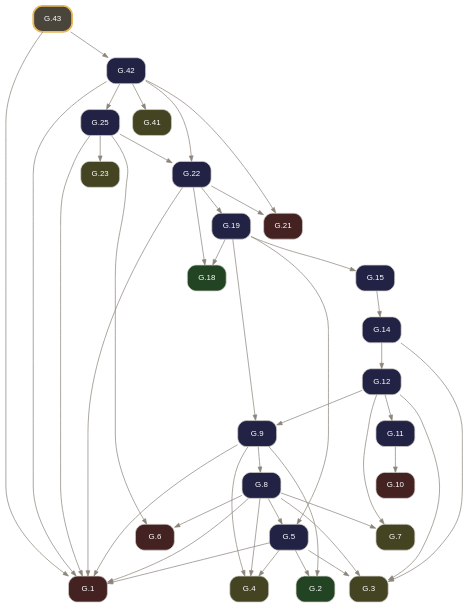
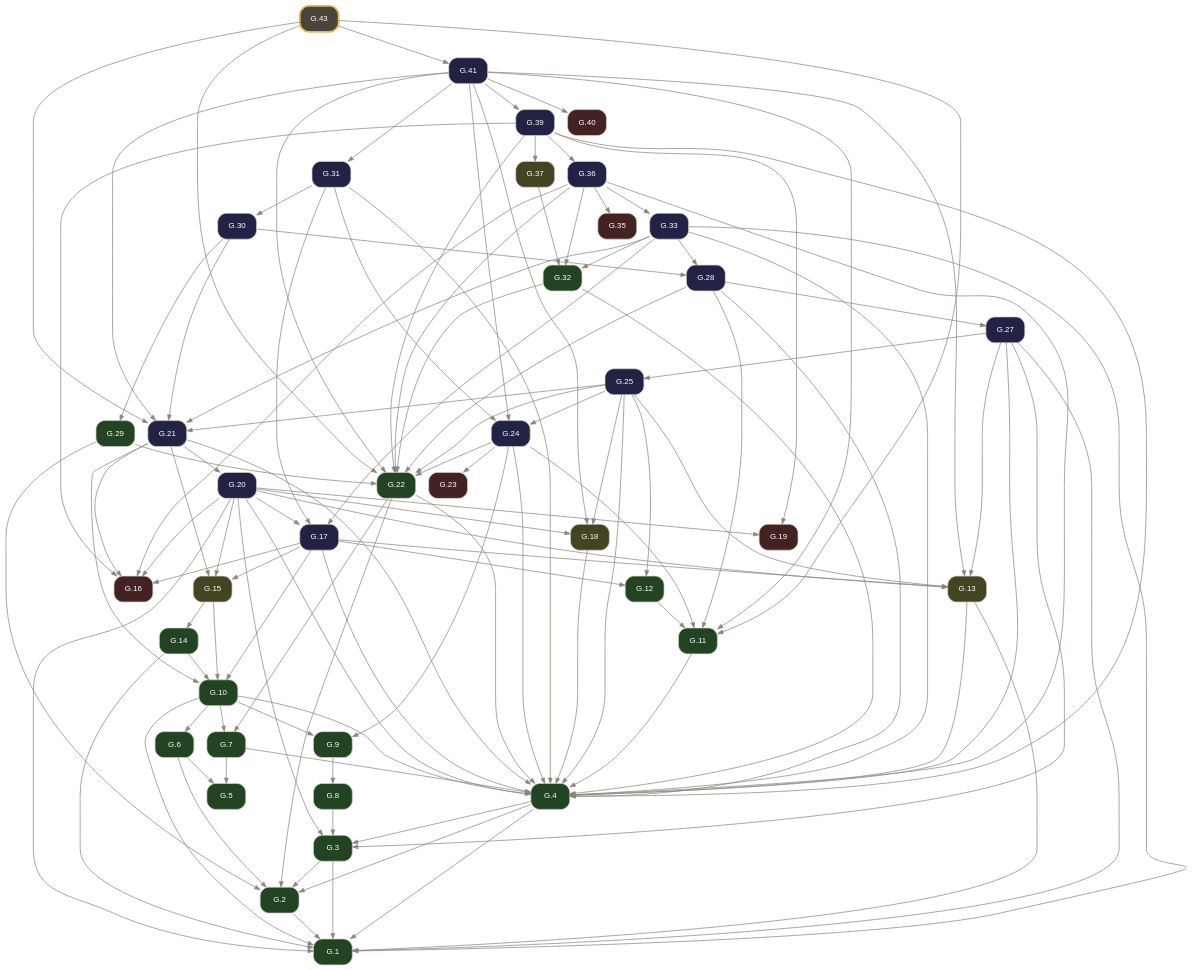
Before and after one commit to geometor/elements: the diagram in docsrc/elements2/G.43/index.rst, drawn with Graphviz. The commit also changed other lines of this file and 2974 other files, not shown here.

Commit message:
feat(elements2): wire defined terms, short verb titles, coincidence operator, and 2-point circle notation (v0.4.0)

```diff
--- a/docsrc/elements2/G.43/index.rst
+++ b/docsrc/elements2/G.43/index.rst
@@ -75,68 +75,156 @@
      node [shape=box, style="rounded,filled", fontname="Helvetica", fontsize=11, color="#d6d3cd", fontcolor="#ffffff"];
      edge [color="#8c857b", fontcolor="#8c857b", arrowsize=0.75];
      rankdir="TB";
-     "G.1" [label="G.1", tooltip="G.1 (I.cn.1): Things equal to the same thing are equal to one another.", fillcolor="#442222", URL="../G.1/index.html", target="_top"];
-     "G.2" [label="G.2", tooltip="G.2 (I.def.15): A circle is a plane figure contained by one line such that all segments falling upon it from its center are equal.", fillcolor="#224422", URL="../G.2/index.html", target="_top"];
-     "G.3" [label="G.3", tooltip="G.3 (I.post.1): Construct a segment between any two points.", fillcolor="#444422", URL="../G.3/index.html", target="_top"];
-     "G.4" [label="G.4", tooltip="G.4 (I.post.3): Construct a circle with any center and radius.", fillcolor="#444422", URL="../G.4/index.html", target="_top"];
-     "G.5" [label="G.5", tooltip="G.5 (I.1): Construct an equilateral triangle on a given finite segment.", fillcolor="#222244", URL="../G.5/index.html", target="_top"];
-     "G.6" [label="G.6", tooltip="G.6 (I.cn.3): If equals are subtracted from equals, the remainders are equal.", fillcolor="#442222", URL="../G.6/index.html", target="_top"];
-     "G.7" [label="G.7", tooltip="G.7 (I.post.2): Extend a finite segment continuously in a straight line.", fillcolor="#444422", URL="../G.7/index.html", target="_top"];
-     "G.8" [label="G.8", tooltip="G.8 (I.2): Construct at a given point a segment equal to a given segment.", fillcolor="#222244", URL="../G.8/index.html", target="_top"];
-     "G.9" [label="G.9", tooltip="G.9 (I.3): Cut off from the greater of two unequal segments a segment equal to the less.", fillcolor="#222244", URL="../G.9/index.html", target="_top"];
-     "G.10" [label="G.10", tooltip="G.10 (I.cn.4): Things that coincide with one another are equal.", fillcolor="#442222", URL="../G.10/index.html", target="_top"];
-     "G.11" [label="G.11", tooltip="G.11 (I.4): Triangles with two sides and the included angle equal are congruent (SAS).", fillcolor="#222244", URL="../G.11/index.html", target="_top"];
-     "G.12" [label="G.12", tooltip="G.12 (I.5): In an isosceles triangle, the angles at the base are equal, and if the equal sides are extended, the angles under the base are equal.", fillcolor="#222244", URL="../G.12/index.html", target="_top"];
-     "G.14" [label="G.14", tooltip="G.14 (I.7): On the same segment and on the same side, there cannot be constructed two distinct triangles with both pairs of conterminous sides equal.", fillcolor="#222244", URL="../G.14/index.html", target="_top"];
-     "G.15" [label="G.15", tooltip="G.15 (I.8): Triangles with all three corresponding sides equal have their corresponding angles equal (SSS).", fillcolor="#222244", URL="../G.15/index.html", target="_top"];
-     "G.18" [label="G.18", tooltip="G.18 (I.def.10): When a straight line standing on a straight line makes the adjacent angles equal, each of the equal angles is a right angle, and the standing line is perpendicular to that on which...", fillcolor="#224422", URL="../G.18/index.html", target="_top"];
-     "G.19" [label="G.19", tooltip="G.19 (I.11): Construct a line at right angles to a given line from a given point on it.", fillcolor="#222244", URL="../G.19/index.html", target="_top"];
-     "G.21" [label="G.21", tooltip="G.21 (I.cn.2): If equals are added to equals, the wholes are equal.", fillcolor="#442222", URL="../G.21/index.html", target="_top"];
-     "G.22" [label="G.22", tooltip="G.22 (I.13): A ray standing on a line makes either two right angles or adjacent angles summing to two right angles.", fillcolor="#222244", URL="../G.22/index.html", target="_top"];
-     "G.23" [label="G.23", tooltip="G.23 (I.post.4): All right angles are equal.", fillcolor="#444422", URL="../G.23/index.html", target="_top"];
-     "G.25" [label="G.25", tooltip="G.25 (I.15): Intersecting lines make their vertical angles equal.", fillcolor="#222244", URL="../G.25/index.html", target="_top"];
-     "G.41" [label="G.41", tooltip="G.41 (I.post.5): Two lines intersected by a transversal with interior angles on one side summing to less than two right angles meet on that side.", fillcolor="#444422", URL="../G.41/index.html", target="_top"];
-     "G.42" [label="G.42", tooltip="G.42 (I.29): A transversal cutting parallel lines makes alternate interior angles equal, exterior and opposite interior angles equal, and same-side interior angles supplementary.", fillcolor="#222244", URL="../G.42/index.html", target="_top"];
-     "G.43" [label="G.43", tooltip="G.43 (I.30): Lines parallel to the same line are parallel to one another.", penwidth=2.5, color="#e8b85a", fillcolor="#4a453b", URL="index.html", target="_top"];
-     "G.5" -> "G.1";
-     "G.8" -> "G.1";
-     "G.9" -> "G.1";
-     "G.22" -> "G.1";
-     "G.25" -> "G.1";
-     "G.42" -> "G.1";
-     "G.43" -> "G.1";
-     "G.5" -> "G.2";
-     "G.9" -> "G.2";
-     "G.5" -> "G.3";
+     "G.1" [label="G.1", tooltip="G.1 (I.def.1): A point A is that which has no part.", fillcolor="#224422", URL="../G.1/index.html", target="_top"];
+     "G.2" [label="G.2", tooltip="G.2 (I.def.2): A line [ A B ] is a projection of a relationship of two points A, B.", fillcolor="#224422", URL="../G.2/index.html", target="_top"];
+     "G.3" [label="G.3", tooltip="G.3 (I.def.3): The extremities of a segment / A B / are points A, B.", fillcolor="#224422", URL="../G.3/index.html", target="_top"];
+     "G.4" [label="G.4", tooltip="G.4 (I.def.4): A segment / A B / is a portion of a line [ A B ] between two points A, B on the line.", fillcolor="#224422", URL="../G.4/index.html", target="_top"];
+     "G.5" [label="G.5", tooltip="G.5 (I.def.5): A surface is that which has length and breadth only.", fillcolor="#224422", URL="../G.5/index.html", target="_top"];
+     "G.6" [label="G.6", tooltip="G.6 (I.def.6): The extremities of a surface are lines or arcs.", fillcolor="#224422", URL="../G.6/index.html", target="_top"];
+     "G.7" [label="G.7", tooltip="G.7 (I.def.7): A plane surface lies evenly with the lines on itself.", fillcolor="#224422", URL="../G.7/index.html", target="_top"];
+     "G.8" [label="G.8", tooltip="G.8 (I.def.13): A boundary is the extremity of anything.", fillcolor="#224422", URL="../G.8/index.html", target="_top"];
+     "G.9" [label="G.9", tooltip="G.9 (I.def.14): A figure is that which is contained by any boundary or boundaries.", fillcolor="#224422", URL="../G.9/index.html", target="_top"];
+     "G.10" [label="G.10", tooltip="G.10 (I.def.15): A circle ( A B ) is a plane figure contained by one arc defined by a center A and a point B establishing its defining radius / A B /, such that all segments / A B /, / A C /, / A D...", fillcolor="#224422", URL="../G.10/index.html", target="_top"];
+     "G.11" [label="G.11", tooltip="G.11 (I.def.19): Rectilineal figures are contained by segments: trilateral by three, quadrilateral by four, and multilateral by more than four.", fillcolor="#224422", URL="../G.11/index.html", target="_top"];
+     "G.12" [label="G.12", tooltip="G.12 (I.def.20): Of trilateral figures, an equilateral triangle < A B C > has three equal sides, an isosceles triangle < D E F > has two equal sides, and a scalene triangle < G H K > has three uneq...", fillcolor="#224422", URL="../G.12/index.html", target="_top"];
+     "G.13" [label="G.13", tooltip="G.13 (I.post.1): Construct a segment / A B / between any two points A, B.", fillcolor="#444422", URL="../G.13/index.html", target="_top"];
+     "G.14" [label="G.14", tooltip="G.14 (I.def.16): The point A within the circle ( A B ) from which all segments / A B /, / A C / to the arc are equal is called the center of the circle.", fillcolor="#224422", URL="../G.14/index.html", target="_top"];
+     "G.15" [label="G.15", tooltip="G.15 (I.post.3): Construct a circle ( A B ) with center A and defining radius point B.", fillcolor="#444422", URL="../G.15/index.html", target="_top"];
+     "G.16" [label="G.16", tooltip="G.16 (I.cn.1): Things equal to the same thing are equal to one another.", fillcolor="#442222", URL="../G.16/index.html", target="_top"];
+     "G.17" [label="G.17", tooltip="G.17 (I.1): Construct an equilateral triangle on a given segment.", fillcolor="#222244", URL="../G.17/index.html", target="_top"];
+     "G.18" [label="G.18", tooltip="G.18 (I.post.2): Extend a segment / A B / continuously along a line [ A B ] to / B C /.", fillcolor="#444422", URL="../G.18/index.html", target="_top"];
+     "G.19" [label="G.19", tooltip="G.19 (I.cn.3): If equals are subtracted from equals, the remainders are equal.", fillcolor="#442222", URL="../G.19/index.html", target="_top"];
+     "G.20" [label="G.20", tooltip="G.20 (I.2): Construct at a given point a segment equal to a given segment.", fillcolor="#222244", URL="../G.20/index.html", target="_top"];
+     "G.21" [label="G.21", tooltip="G.21 (I.3): Cut off from the greater of two unequal segments a segment equal to the less.", fillcolor="#222244", URL="../G.21/index.html", target="_top"];
+     "G.22" [label="G.22", tooltip="G.22 (I.def.8): A plane angle is the inclination to one another of two lines or arcs in a plane that meet and do not lie on the same line.", fillcolor="#224422", URL="../G.22/index.html", target="_top"];
+     "G.23" [label="G.23", tooltip="G.23 (I.cn.4): Things / A B /, / D E / that coincide with one another are equal to one another.", fillcolor="#442222", URL="../G.23/index.html", target="_top"];
+     "G.24" [label="G.24", tooltip="G.24 (I.4): Triangles with two sides and the included angle equal are congruent (SAS).", fillcolor="#222244", URL="../G.24/index.html", target="_top"];
+     "G.25" [label="G.25", tooltip="G.25 (I.5): In an isosceles triangle, the angles at the base are equal, and if the equal sides are extended, the angles under the base are equal.", fillcolor="#222244", URL="../G.25/index.html", target="_top"];
+     "G.27" [label="G.27", tooltip="G.27 (I.7): On the same segment and on the same side, there cannot be constructed two distinct triangles with both pairs of conterminous sides equal.", fillcolor="#222244", URL="../G.27/index.html", target="_top"];
+     "G.28" [label="G.28", tooltip="G.28 (I.8): Triangles with all three corresponding sides equal have their corresponding angles equal (SSS).", fillcolor="#222244", URL="../G.28/index.html", target="_top"];
+     "G.29" [label="G.29", tooltip="G.29 (I.def.9): A rectilineal angle is contained by two segments or lines.", fillcolor="#224422", URL="../G.29/index.html", target="_top"];
+     "G.30" [label="G.30", tooltip="G.30 (I.9): Bisect a given angle.", fillcolor="#222244", URL="../G.30/index.html", target="_top"];
+     "G.31" [label="G.31", tooltip="G.31 (I.10): Bisect a given segment.", fillcolor="#222244", URL="../G.31/index.html", target="_top"];
+     "G.32" [label="G.32", tooltip="G.32 (I.def.10): When a segment standing on a line makes the adjacent angles equal, each of the equal angles is a right angle, and the standing segment is perpendicular to the line.", fillcolor="#224422", URL="../G.32/index.html", target="_top"];
+     "G.33" [label="G.33", tooltip="G.33 (I.11): Construct a segment at right angles to a given line from a given point on it.", fillcolor="#222244", URL="../G.33/index.html", target="_top"];
+     "G.35" [label="G.35", tooltip="G.35 (I.cn.2): If equals are added to equals, the wholes are equal.", fillcolor="#442222", URL="../G.35/index.html", target="_top"];
+     "G.36" [label="G.36", tooltip="G.36 (I.13): A segment standing on a line makes either two right angles or adjacent angles summing to two right angles.", fillcolor="#222244", URL="../G.36/index.html", target="_top"];
+     "G.37" [label="G.37", tooltip="G.37 (I.post.4): All right angles are equal.", fillcolor="#444422", URL="../G.37/index.html", target="_top"];
+     "G.39" [label="G.39", tooltip="G.39 (I.15): Intersecting lines make their vertical angles equal.", fillcolor="#222244", URL="../G.39/index.html", target="_top"];
+     "G.40" [label="G.40", tooltip="G.40 (I.cn.5): The whole is greater than the part.", fillcolor="#442222", URL="../G.40/index.html", target="_top"];
+     "G.41" [label="G.41", tooltip="G.41 (I.16): In any triangle, if one side is extended, the exterior angle is greater than either opposite interior angle.", fillcolor="#222244", URL="../G.41/index.html", target="_top"];
+     "G.43" [label="G.43", tooltip="G.43 (I.18): In any triangle, the greater side subtends the greater angle.", penwidth=2.5, color="#e8b85a", fillcolor="#4a453b", URL="index.html", target="_top"];
+     "G.2" -> "G.1";
+     "G.3" -> "G.1";
+     "G.4" -> "G.1";
+     "G.10" -> "G.1";
+     "G.13" -> "G.1";
+     "G.14" -> "G.1";
+     "G.20" -> "G.1";
+     "G.27" -> "G.1";
+     "G.33" -> "G.1";
+     "G.3" -> "G.2";
+     "G.4" -> "G.2";
+     "G.6" -> "G.2";
+     "G.22" -> "G.2";
+     "G.29" -> "G.2";
+     "G.4" -> "G.3";
      "G.8" -> "G.3";
-     "G.12" -> "G.3";
-     "G.14" -> "G.3";
-     "G.5" -> "G.4";
-     "G.8" -> "G.4";
-     "G.9" -> "G.4";
-     "G.8" -> "G.5";
-     "G.19" -> "G.5";
-     "G.8" -> "G.6";
-     "G.25" -> "G.6";
-     "G.8" -> "G.7";
-     "G.12" -> "G.7";
+     "G.20" -> "G.3";
+     "G.27" -> "G.3";
+     "G.7" -> "G.4";
+     "G.10" -> "G.4";
+     "G.11" -> "G.4";
+     "G.13" -> "G.4";
+     "G.17" -> "G.4";
+     "G.18" -> "G.4";
+     "G.20" -> "G.4";
+     "G.21" -> "G.4";
+     "G.22" -> "G.4";
+     "G.24" -> "G.4";
+     "G.25" -> "G.4";
+     "G.27" -> "G.4";
+     "G.28" -> "G.4";
+     "G.31" -> "G.4";
+     "G.32" -> "G.4";
+     "G.33" -> "G.4";
+     "G.36" -> "G.4";
+     "G.39" -> "G.4";
+     "G.6" -> "G.5";
+     "G.7" -> "G.5";
+     "G.10" -> "G.6";
+     "G.10" -> "G.7";
+     "G.22" -> "G.7";
      "G.9" -> "G.8";
-     "G.12" -> "G.9";
-     "G.19" -> "G.9";
-     "G.11" -> "G.10";
+     "G.10" -> "G.9";
+     "G.24" -> "G.9";
+     "G.14" -> "G.10";
+     "G.15" -> "G.10";
+     "G.17" -> "G.10";
+     "G.21" -> "G.10";
      "G.12" -> "G.11";
-     "G.14" -> "G.12";
+     "G.24" -> "G.11";
+     "G.28" -> "G.11";
+     "G.41" -> "G.11";
+     "G.43" -> "G.11";
+     "G.17" -> "G.12";
+     "G.25" -> "G.12";
+     "G.17" -> "G.13";
+     "G.20" -> "G.13";
+     "G.25" -> "G.13";
+     "G.27" -> "G.13";
+     "G.41" -> "G.13";
      "G.15" -> "G.14";
-     "G.19" -> "G.15";
-     "G.19" -> "G.18";
-     "G.22" -> "G.18";
-     "G.22" -> "G.19";
-     "G.22" -> "G.21";
-     "G.42" -> "G.21";
+     "G.17" -> "G.15";
+     "G.20" -> "G.15";
+     "G.21" -> "G.15";
+     "G.17" -> "G.16";
+     "G.20" -> "G.16";
+     "G.21" -> "G.16";
+     "G.36" -> "G.16";
+     "G.39" -> "G.16";
+     "G.20" -> "G.17";
+     "G.31" -> "G.17";
+     "G.33" -> "G.17";
+     "G.20" -> "G.18";
+     "G.25" -> "G.18";
+     "G.41" -> "G.18";
+     "G.20" -> "G.19";
+     "G.39" -> "G.19";
+     "G.21" -> "G.20";
+     "G.25" -> "G.21";
+     "G.30" -> "G.21";
+     "G.33" -> "G.21";
+     "G.41" -> "G.21";
+     "G.43" -> "G.21";
+     "G.24" -> "G.22";
      "G.25" -> "G.22";
-     "G.42" -> "G.22";
-     "G.25" -> "G.23";
-     "G.42" -> "G.25";
-     "G.42" -> "G.41";
-     "G.43" -> "G.42";
+     "G.28" -> "G.22";
+     "G.29" -> "G.22";
+     "G.32" -> "G.22";
+     "G.36" -> "G.22";
+     "G.39" -> "G.22";
+     "G.41" -> "G.22";
+     "G.43" -> "G.22";
+     "G.24" -> "G.23";
+     "G.25" -> "G.24";
+     "G.31" -> "G.24";
+     "G.41" -> "G.24";
+     "G.27" -> "G.25";
+     "G.28" -> "G.27";
+     "G.30" -> "G.28";
+     "G.33" -> "G.28";
+     "G.30" -> "G.29";
+     "G.31" -> "G.30";
+     "G.41" -> "G.31";
+     "G.33" -> "G.32";
+     "G.36" -> "G.32";
+     "G.37" -> "G.32";
+     "G.36" -> "G.33";
+     "G.36" -> "G.35";
+     "G.39" -> "G.36";
+     "G.39" -> "G.37";
+     "G.41" -> "G.39";
+     "G.41" -> "G.40";
+     "G.43" -> "G.41";
    }
```
